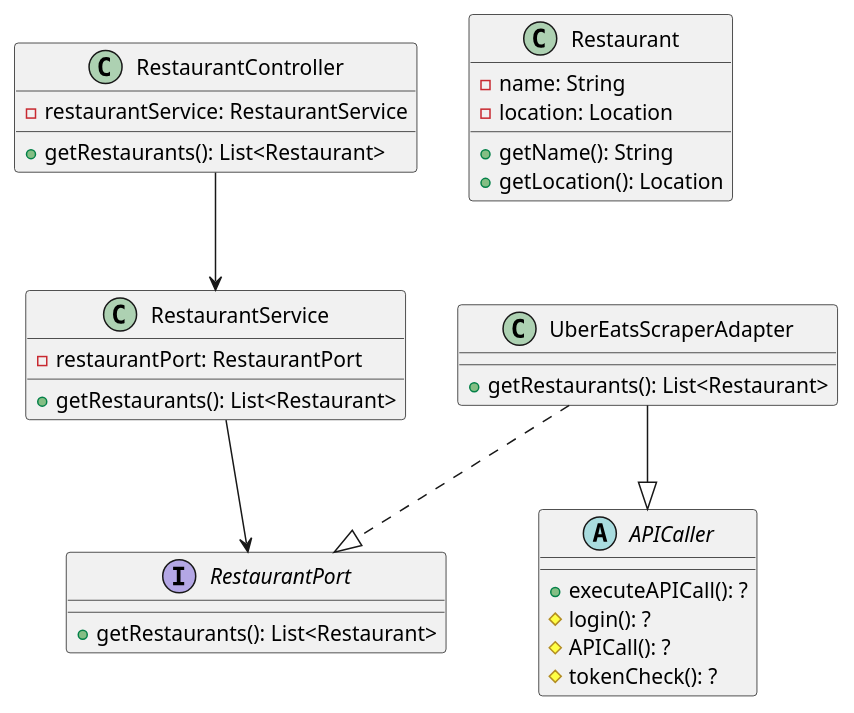
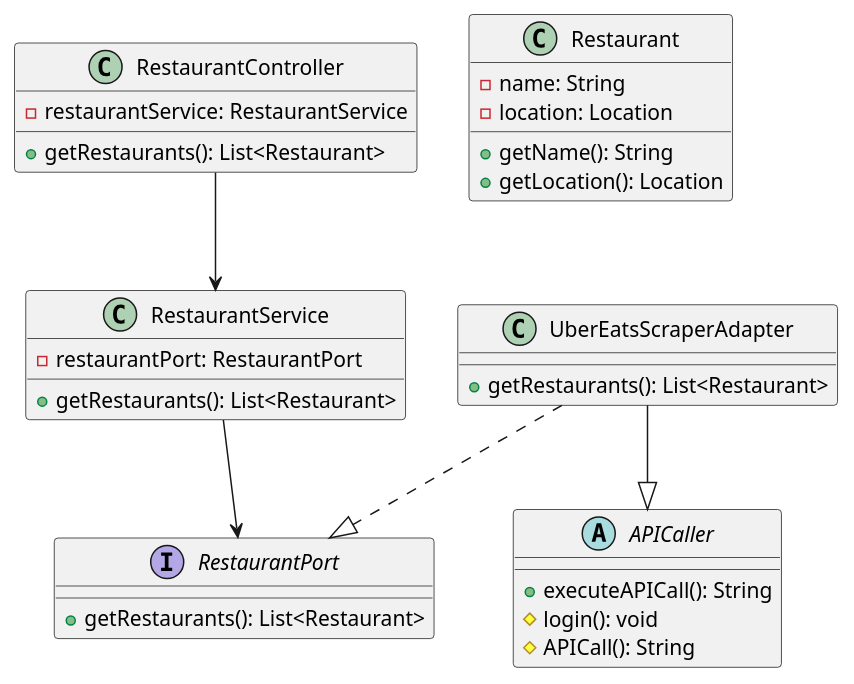
The diagram in voorbereiding-les3-week2/classDiagramBE-eva.puml (AIM-ENE-feb25/triptop-beca), drawn with PlantUML before and after one commit. The commit also changed 1 other file, not shown here.

```diff
--- a/voorbereiding-les3-week2/classDiagramBE-eva.puml
+++ b/voorbereiding-les3-week2/classDiagramBE-eva.puml
@@ -1,44 +1,43 @@
 @startuml
 'https://plantuml.com/class-diagram
 
 class RestaurantController {
 - restaurantService: RestaurantService
 
 + getRestaurants(): List<Restaurant>
 }
 
 class RestaurantService {
 - restaurantPort: RestaurantPort
 
 + getRestaurants(): List<Restaurant>
 }
 
 abstract class APICaller {
-+ executeAPICall(): ?
-# login(): ?
-# APICall(): ?
-# tokenCheck(): ?
++ executeAPICall(): String
+# login(): void
+# APICall(): String
 }
 
 interface RestaurantPort {
 + getRestaurants(): List<Restaurant>
 }
 
 class UberEatsScraperAdapter {
 + getRestaurants(): List<Restaurant>
 }
 
 class Restaurant {
 - name: String
 - location: Location
 + getName(): String
 + getLocation(): Location
 }
 
 RestaurantController --> RestaurantService
 RestaurantService --> RestaurantPort
 UberEatsScraperAdapter ..|> RestaurantPort
 UberEatsScraperAdapter --|> APICaller
 
 
 @enduml
```
